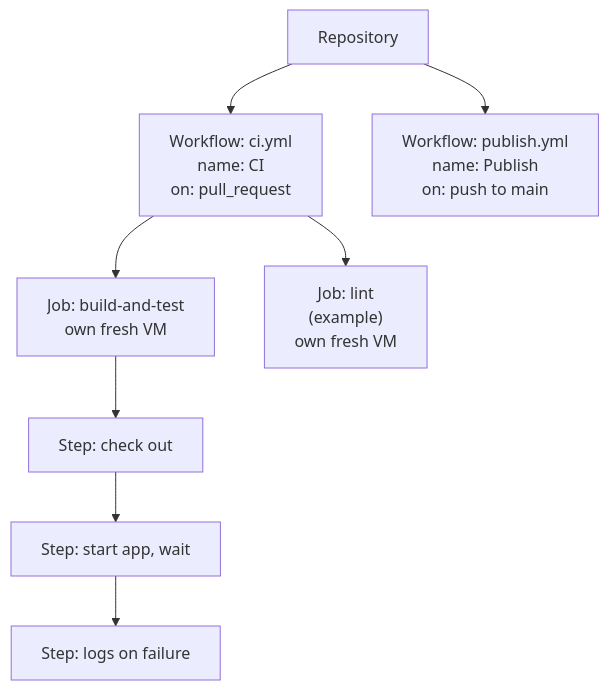
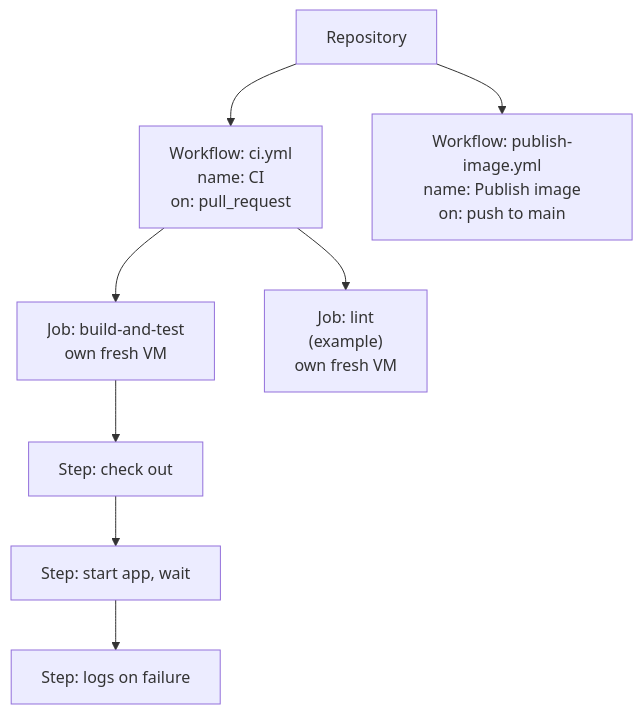
One commit to Bende-KBB/devops-lab changed the diagram in docs/explanation/github-actions.md. Above: the diagram before and after it, drawn with Mermaid. The commit also changed other lines of this file and 3 other files, not shown here.

````diff
--- a/docs/explanation/github-actions.md
+++ b/docs/explanation/github-actions.md
@@ -7,10 +21,10 @@
 ```mermaid
 flowchart TD
     R["Repository"] --> W1["Workflow: ci.yml<br/>name: CI<br/>on: pull_request"]
-    R -->  W2["Workflow: publish.yml<br/>name: Publish<br/>on: push to main"]
+    R -->  W2["Workflow: publish-image.yml<br/>name: Publish image<br/>on: push to main"]
     W1 --> J1["Job: build-and-test<br/>own fresh VM"]
     W1 --> J2["Job: lint<br/>(example)<br/>own fresh VM"]
     J1 --> S1["Step: check out"]
     S1 --> S2["Step: start app, wait"]
     S2 --> S3["Step: logs on failure"]
 ```
````
